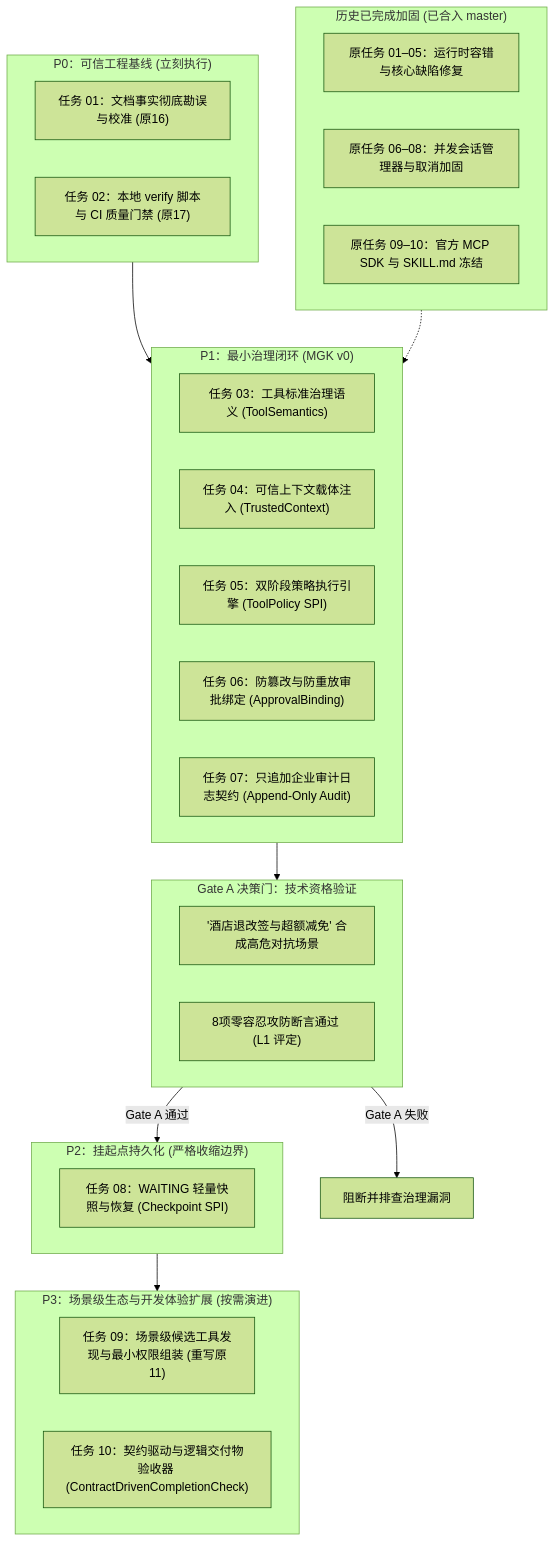
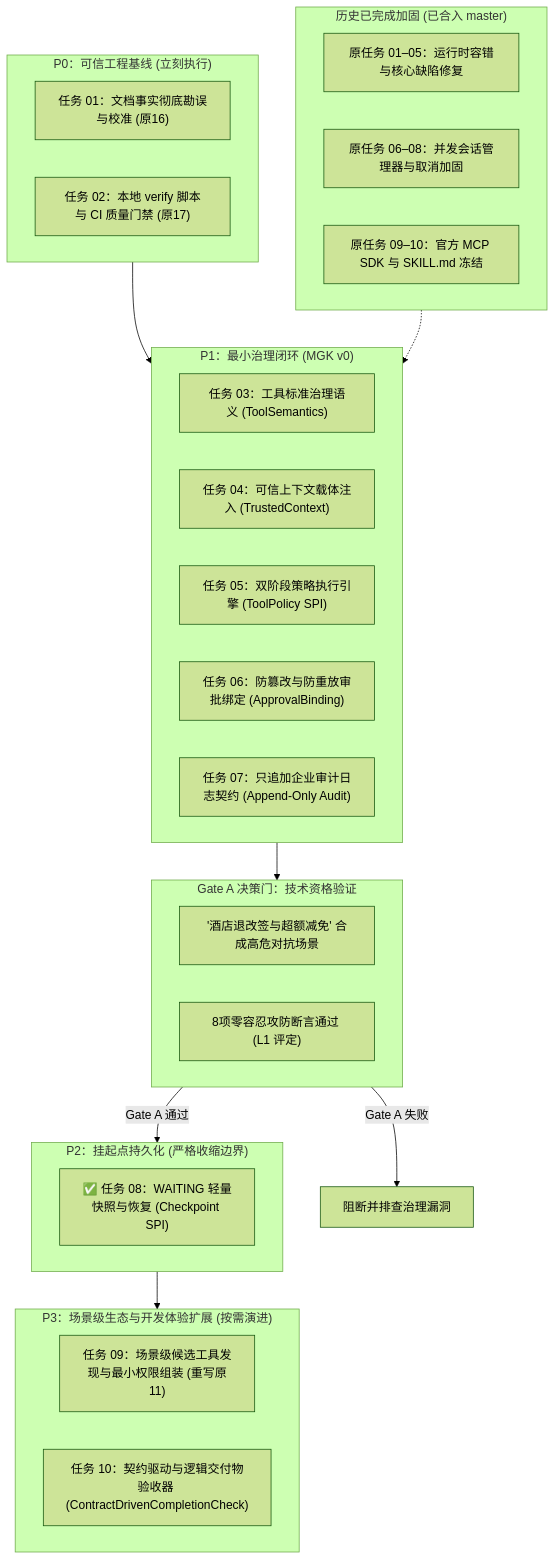
One commit to yuluo15/agent-sdk changed the diagram in docs/23-Agent-SDK工程加固与治理建设Backlog.md. Above: the diagram before and after it, drawn with Mermaid (forest theme). The commit also changed other lines of this file and 13 other files, not shown here.

Commit message:
feat(checkpoint): implement WAITING state checkpoint SPI and process restart recovery (#23)

````diff
--- a/docs/23-Agent-SDK工程加固与治理建设Backlog.md
+++ b/docs/23-Agent-SDK工程加固与治理建设Backlog.md
@@ -33,42 +33,42 @@
 ```mermaid
 flowchart TD
     subgraph P0["P0：可信工程基线 (立刻执行)"]
         T01["任务 01：文档事实彻底勘误与校准 (原16)"]
         T02["任务 02：本地 verify 脚本与 CI 质量门禁 (原17)"]
     end
 
     subgraph ARCHIVE["历史已完成加固 (已合入 master)"]
         H_P0["原任务 01–05：运行时容错与核心缺陷修复"]
         H_P1["原任务 06–08：并发会话管理器与取消加固"]
         H_P2["原任务 09–10：官方 MCP SDK 与 SKILL.md 冻结"]
     end
 
     subgraph P1["P1：最小治理闭环 (MGK v0)"]
         T03["任务 03：工具标准治理语义 (ToolSemantics)"]
         T04["任务 04：可信上下文载体注入 (TrustedContext)"]
         T05["任务 05：双阶段策略执行引擎 (ToolPolicy SPI)"]
         T06["任务 06：防篡改与防重放审批绑定 (ApprovalBinding)"]
         T07["任务 07：只追加企业审计日志契约 (Append-Only Audit)"]
     end
 
     subgraph GATE_A["Gate A 决策门：技术资格验证"]
         SYNTHETIC["'酒店退改签与超额减免' 合成高危对抗场景"]
         ASSERT["8项零容忍攻防断言通过 (L1 评定)"]
     end
 
     subgraph P2["P2：挂起点持久化 (严格收缩边界)"]
-        T08["任务 08：WAITING 轻量快照与恢复 (Checkpoint SPI)"]
+        T08["✅ 任务 08：WAITING 轻量快照与恢复 (Checkpoint SPI)"]
     end
 
     subgraph P3["P3：场景级生态与开发体验扩展 (按需演进)"]
         T09["任务 09：场景级候选工具发现与最小权限组装 (重写原11)"]
         T10["任务 10：契约驱动与逻辑交付物验收器 (ContractDrivenCompletionCheck)"]
     end
 
     P0 --> P1
     ARCHIVE -.-> P1
     P1 --> GATE_A
     GATE_A -- "Gate A 通过" --> P2
     P2 --> P3
     GATE_A -- "Gate A 失败" --> FREEZE["阻断并排查治理漏洞"]
 ```
````
